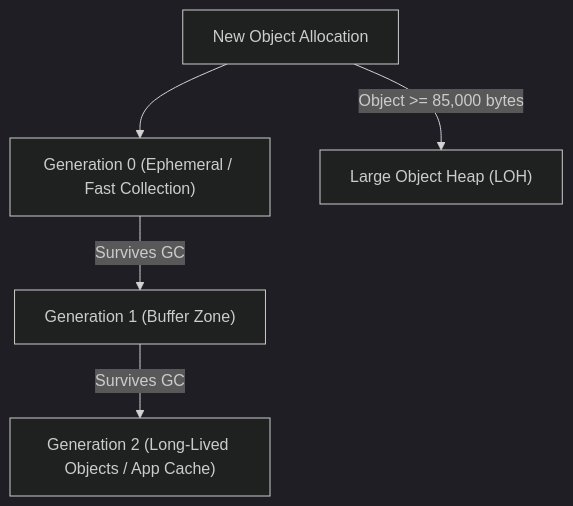
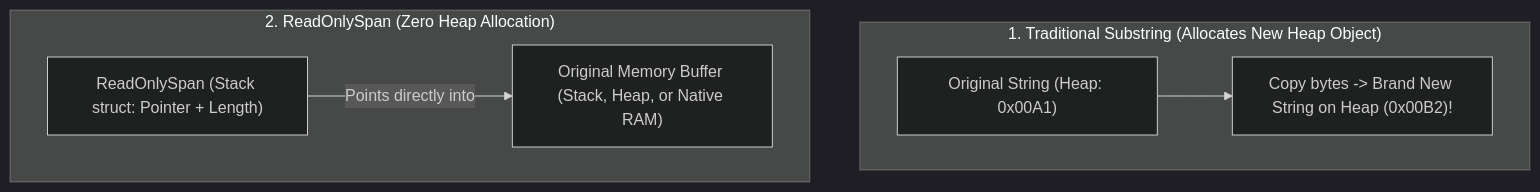
Before and after one commit to Singhkunall/Csharp-learning: the first of 2 diagrams in Main/Topics/20_MemoryManagement/README.md, drawn with Mermaid (dark theme). The commit also changed other lines of this file and 9 other files, not shown here.

Commit message:
Enhance: In-depth story-driven theory, architecture diagrams, and comprehensive code for Phase 5 (Topics 16-20)

````diff
--- a/Main/Topics/20_MemoryManagement/README.md
+++ b/Main/Topics/20_MemoryManagement/README.md
@@ -25,7 +21,11 @@
 ```mermaid
 flowchart TD
-    NewAlloc["New Object Allocation"] --> Gen0["Generation 0 (Ephemeral / Fast Collection)"]
-    Gen0 -- Survives GC --> Gen1["Generation 1 (Buffer Zone)"]
-    Gen1 -- Survives GC --> Gen2["Generation 2 (Long-Lived Objects / App Cache)"]
-    NewAlloc -->|Object >= 85,000 bytes| LOH["Large Object Heap (LOH)"]
+    subgraph Traditional_Copy["1. Traditional Substring (Allocates New Heap Object)"]
+        Original["Original String (Heap: 0x00A1)"] --> Copy["Copy bytes -> Brand New String on Heap (0x00B2)!"]
+    end
+
+    subgraph Zero_Allocation_Span["2. ReadOnlySpan<char> (Zero Heap Allocation)"]
+        SourceMemory["Original Memory Buffer (Stack, Heap, or Native RAM)"]
+        SpanPtr["ReadOnlySpan (Stack struct: Pointer + Length)"] -->|Points directly into| SourceMemory
+    end
 ```
````
